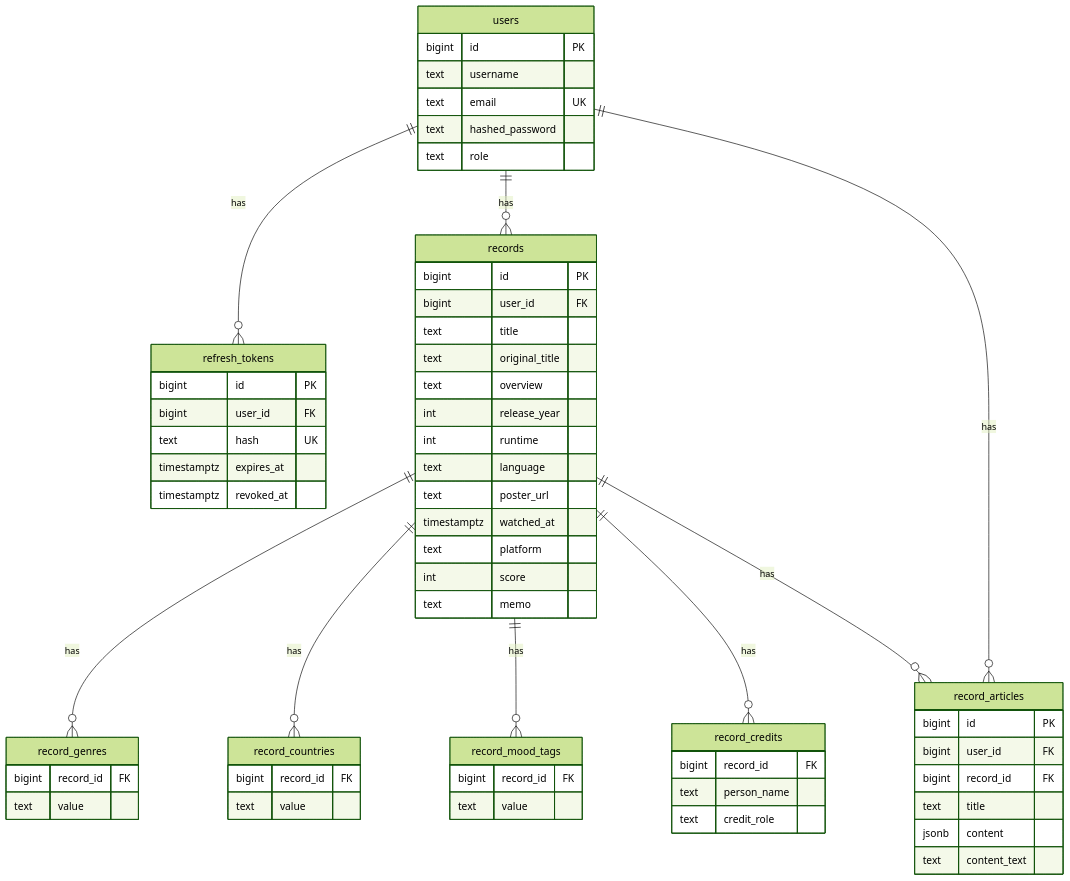
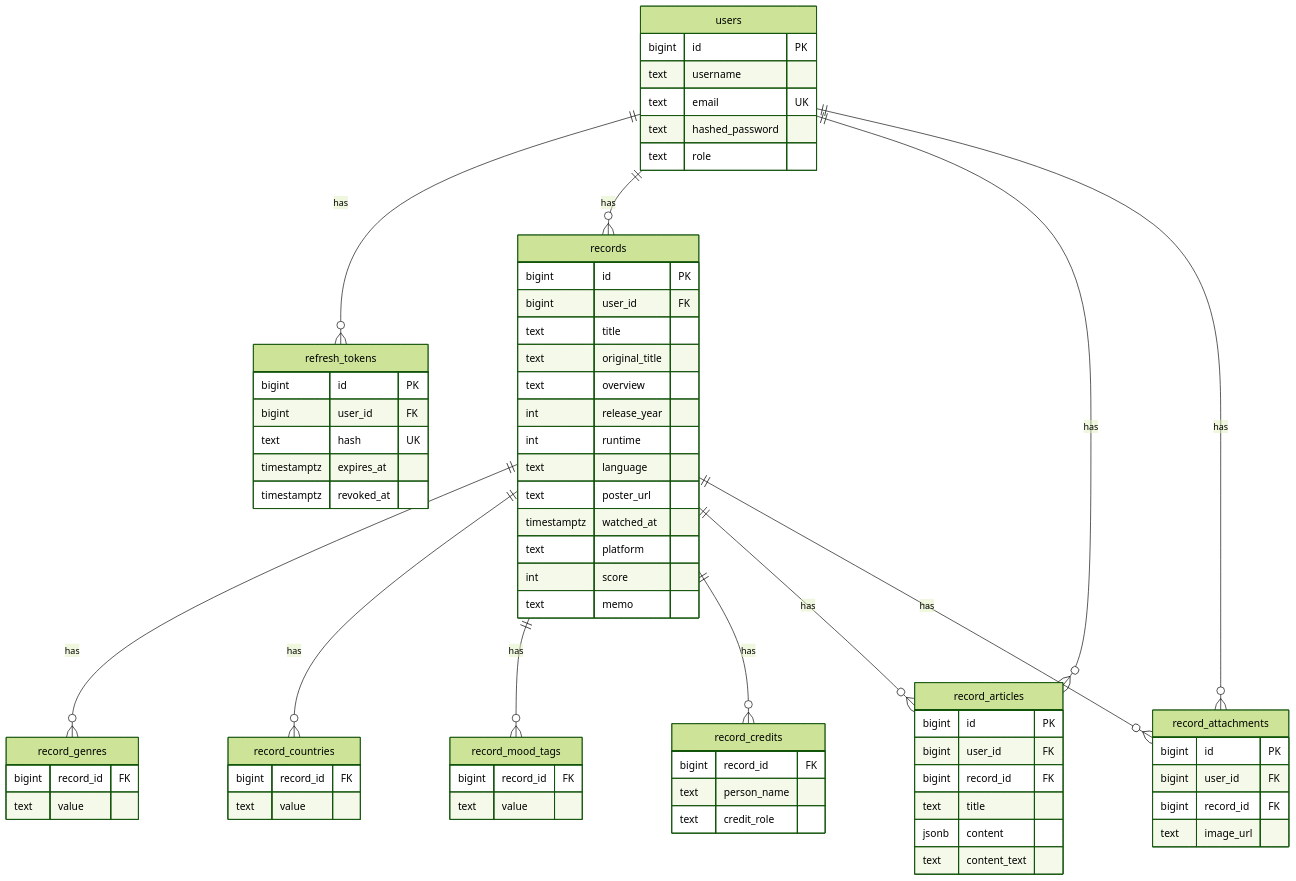
Before and after one commit to masaya-nishimura-09/movie-log-api: the third of 3 diagrams in README.ja.md, drawn with Mermaid (forest theme). The commit also changed other lines of this file and 15 other files, not shown here.

Commit message:
add: image attachments to records

````diff
--- a/README.ja.md
+++ b/README.ja.md
@@ -281,66 +296,74 @@
 ```mermaid
 erDiagram
     users ||--o{ refresh_tokens : has
     users ||--o{ records : has
     records ||--o{ record_genres : has
     records ||--o{ record_countries : has
     records ||--o{ record_mood_tags : has
     records ||--o{ record_credits : has
     users ||--o{ record_articles : has
     records ||--o{ record_articles : has
+    users ||--o{ record_attachments : has
+    records ||--o{ record_attachments : has
 
     users {
         bigint id PK
         text username
         text email UK
         text hashed_password
         text role
     }
     refresh_tokens {
         bigint id PK
         bigint user_id FK
         text hash UK
         timestamptz expires_at
         timestamptz revoked_at
     }
     records {
         bigint id PK
         bigint user_id FK
         text title
         text original_title
         text overview
         int release_year
         int runtime
         text language
         text poster_url
         timestamptz watched_at
         text platform
         int score
         text memo
     }
     record_genres {
         bigint record_id FK
         text value
     }
     record_countries {
         bigint record_id FK
         text value
     }
     record_mood_tags {
         bigint record_id FK
         text value
     }
     record_credits {
         bigint record_id FK
         text person_name
         text credit_role
     }
     record_articles {
         bigint id PK
         bigint user_id FK
         bigint record_id FK
         text title
         jsonb content
         text content_text
     }
+    record_attachments {
+        bigint id PK
+        bigint user_id FK
+        bigint record_id FK
+        text image_url
+    }
 ```
````
